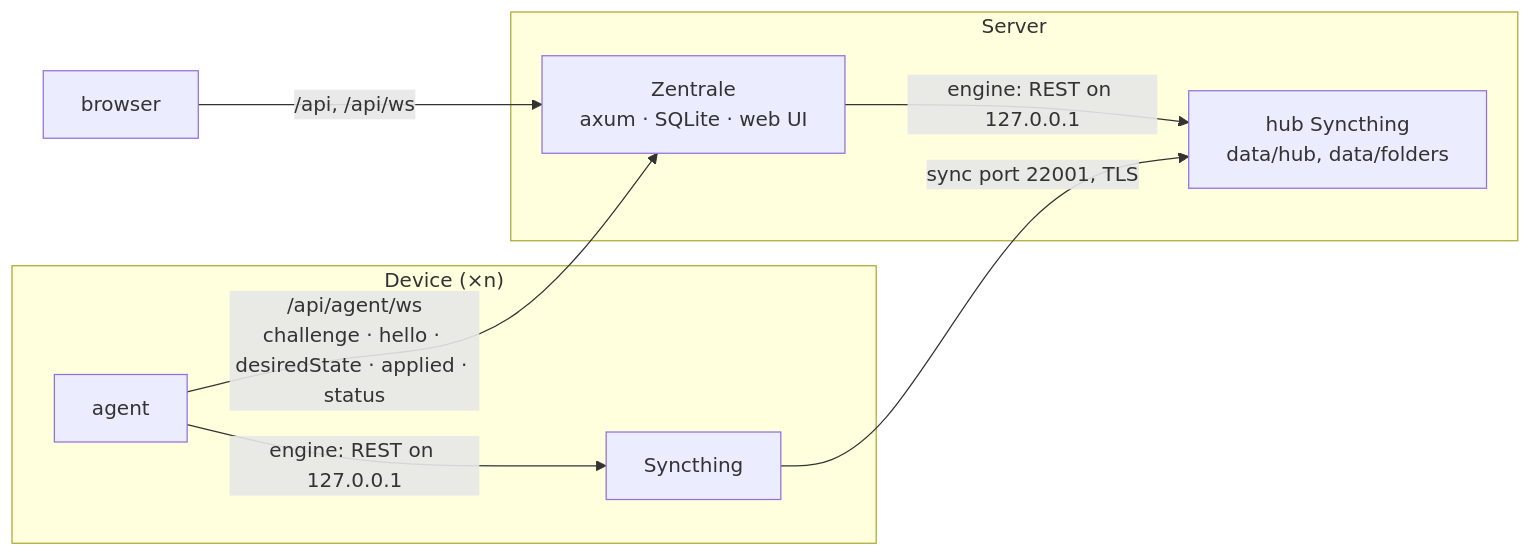
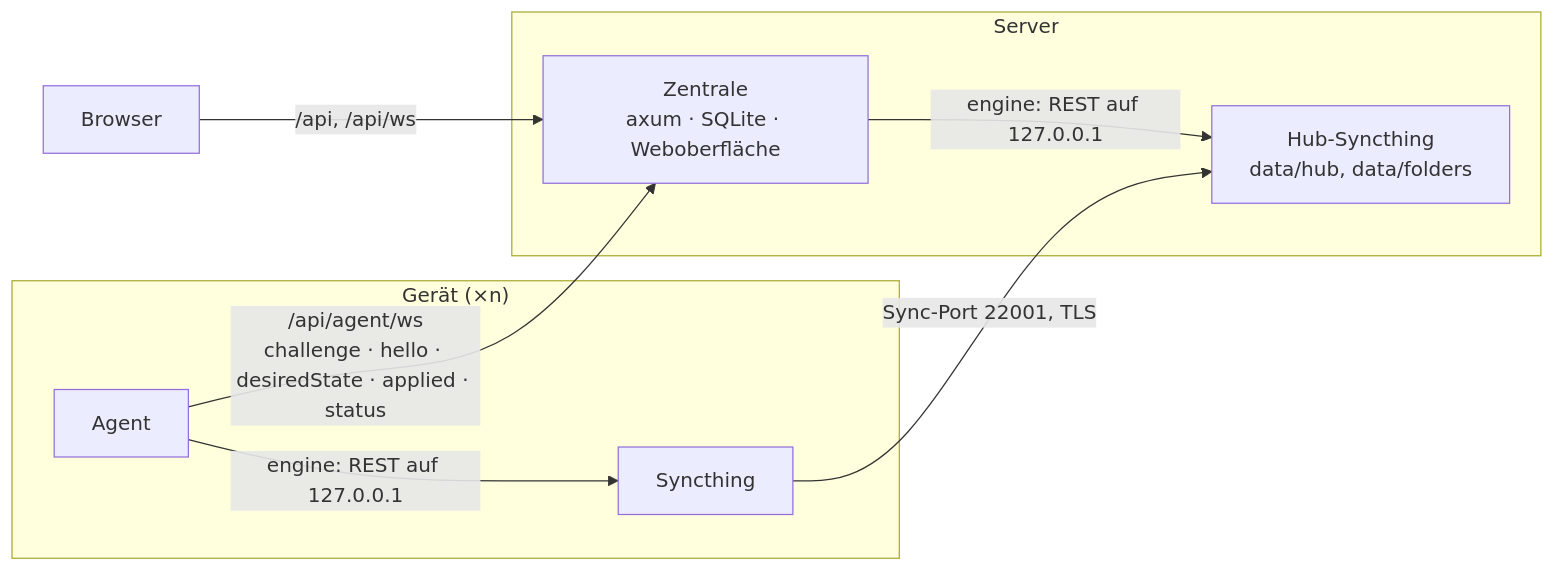
One commit to firsttris/stellwerk changed the first of 2 diagrams in docs/architecture.md. Above: the diagram before and after it, drawn with Mermaid. The commit also changed other lines of this file and 13 other files, not shown here.

````diff
--- a/docs/architecture.md
+++ b/docs/architecture.md
@@ -7,16 +7,16 @@
 ```mermaid
 flowchart LR
     subgraph Server
-        Z["Zentrale<br/>axum · SQLite · web UI"]
-        H["hub Syncthing<br/>data/hub, data/folders"]
-        Z -- "engine: REST on 127.0.0.1" --> H
+        Z["Zentrale<br/>axum · SQLite · Weboberfläche"]
+        H["Hub-Syncthing<br/>data/hub, data/folders"]
+        Z -- "engine: REST auf 127.0.0.1" --> H
     end
-    subgraph "Device (×n)"
-        A["agent"]
+    subgraph "Gerät (×n)"
+        A["Agent"]
         S["Syncthing"]
-        A -- "engine: REST on 127.0.0.1" --> S
+        A -- "engine: REST auf 127.0.0.1" --> S
     end
-    B["browser"] -- "/api, /api/ws" --> Z
+    B["Browser"] -- "/api, /api/ws" --> Z
     A -- "/api/agent/ws<br/>challenge · hello · desiredState · applied · status" --> Z
-    S -- "sync port 22001, TLS" --> H
+    S -- "Sync-Port 22001, TLS" --> H
 ```
````
